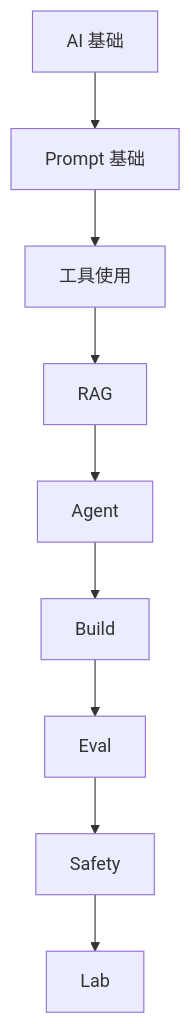
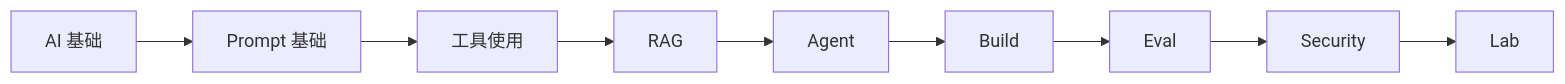
The diagram in docs/preface/roadmap.md (Unclecheng-li/Hello-AI), drawn with Mermaid before and after one commit. The commit also changed 8 other files, not shown here.

````diff
--- a/docs/preface/roadmap.md
+++ b/docs/preface/roadmap.md
@@ -5,11 +5,11 @@
 ```mermaid
-flowchart TD
+flowchart LR
     A[AI 基础] --> B[Prompt 基础]
     B --> C[工具使用]
     C --> D[RAG]
     D --> E[Agent]
     E --> F[Build]
     F --> G[Eval]
-    G --> H[Safety]
+    G --> H[Security]
     H --> I[Lab]
 ```
````
